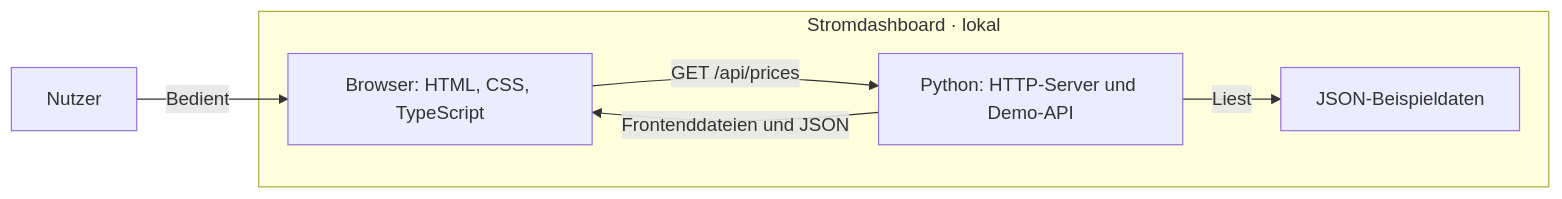
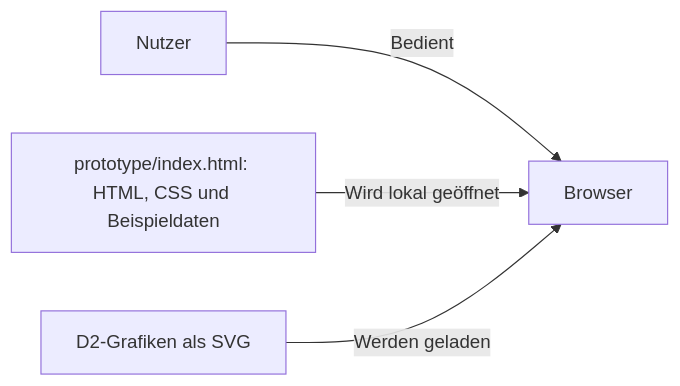
One commit to crnly/strom-dashboard changed the diagram in README.md. Above: the diagram before and after it, drawn with Mermaid. The commit also changed other lines of this file and 22 other files, not shown here.

````diff
--- a/README.md
+++ b/README.md
@@ -105,15 +72,11 @@
 ```mermaid
 flowchart LR
     User["Nutzer"]
+    Browser["Browser"]
+    Prototype["prototype/index.html: HTML, CSS und Beispieldaten"]
+    Diagrams["D2-Grafiken als SVG"]
 
-    subgraph App["Stromdashboard · lokal"]
-        Frontend["Browser: HTML, CSS, TypeScript"]
-        Backend["Python: HTTP-Server und Demo-API"]
-        Data["JSON-Beispieldaten"]
-    end
-
-    User -->|Bedient| Frontend
-    Frontend -->|GET /api/prices| Backend
-    Backend -->|Liest| Data
-    Backend -->|Frontenddateien und JSON| Frontend
+    User -->|Bedient| Browser
+    Prototype -->|Wird lokal geöffnet| Browser
+    Diagrams -->|Werden geladen| Browser
 ```
````
